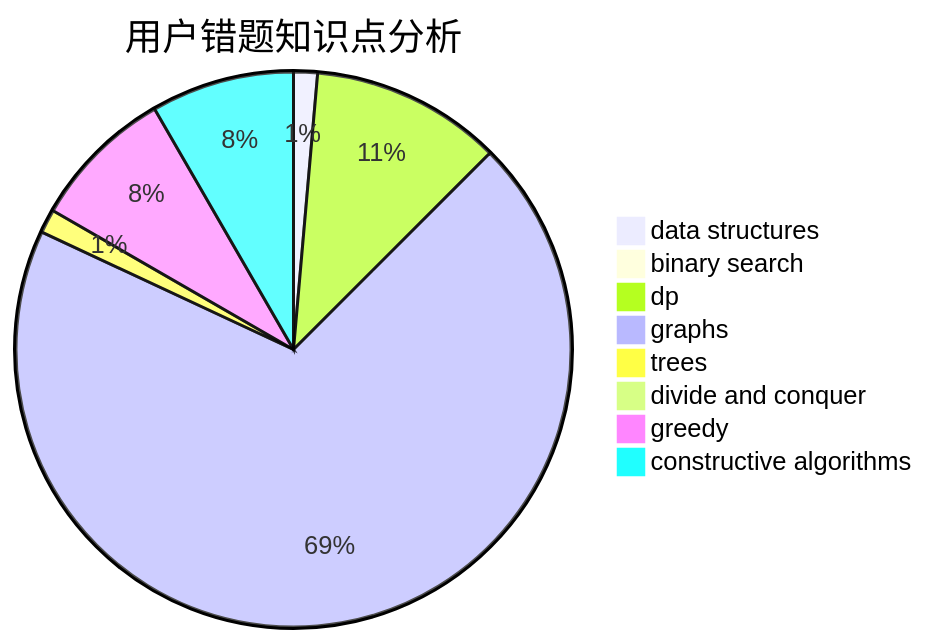
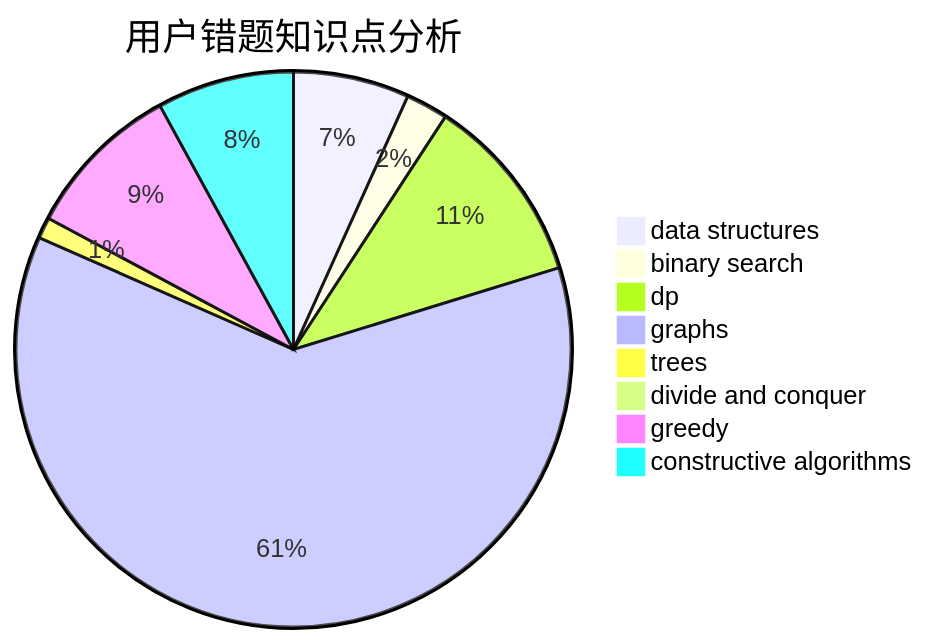
One commit to sherpahu/cfrs.github.io changed the third of 3 diagrams in docs/user/u391.md. Above: the diagram before and after it, drawn with Mermaid. The commit also changed other lines of this file and 2770 other files, not shown here.

````diff
--- a/docs/user/u391.md
+++ b/docs/user/u391.md
@@ -36,11 +36,11 @@
 ```mermaid
 pie title 用户错题知识点分析
-    "data structures" :  2
-    "binary search" :  0
-    "dp" :  16
+    "data structures" :  11
+    "binary search" :  4
+    "dp" :  18
     "graphs" :  100
     "trees" :  2
     "divide and conquer" :  1
-    "greedy" :  12
-    "constructive algorithms" :  12
+    "greedy" :  15
+    "constructive algorithms" :  13
 ```
````
